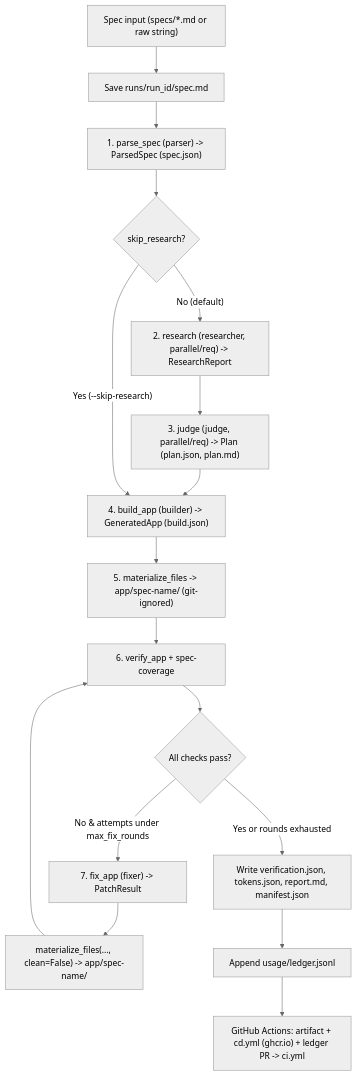
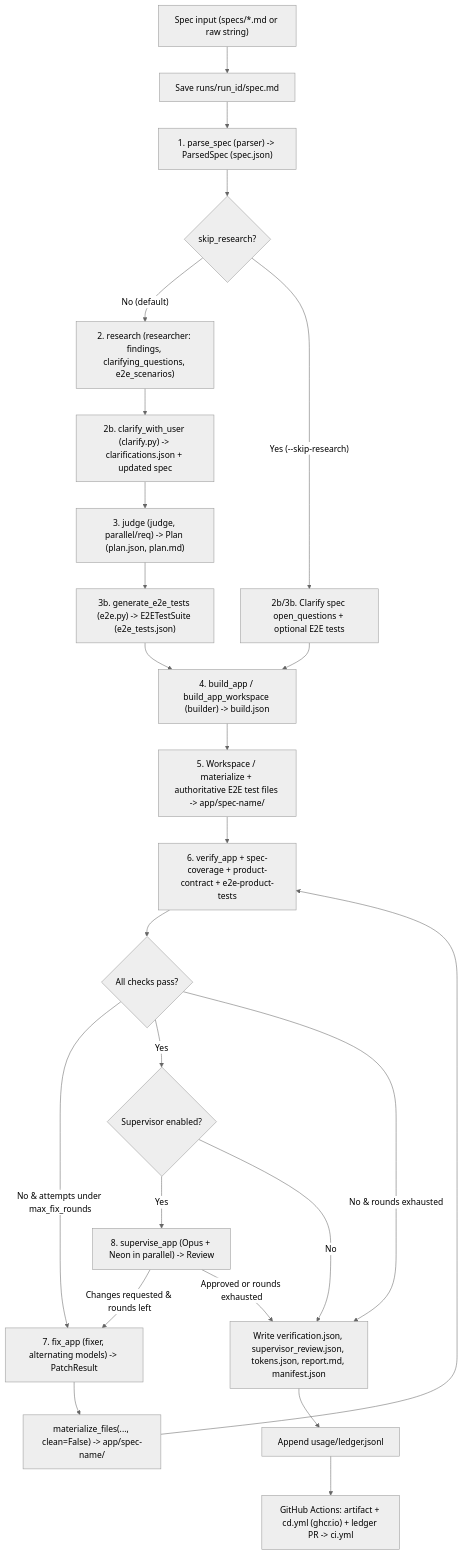
Before and after one commit to professorshabs/agentic_workflow: the diagram in ARCHITECTURE.md, drawn with Mermaid (neutral theme). The commit also changed other lines of this file and 46 other files, not shown here.

Commit message:
feat: expand pipeline with clarification, e2e test generation, supervisor reviews, and harness routing

````diff
--- a/ARCHITECTURE.md
+++ b/ARCHITECTURE.md
@@ -23,24 +23,31 @@
 ```mermaid
 flowchart TD
     Input["Spec input (specs/*.md or raw string)"] --> Copy["Save runs/run_id/spec.md"]
     Copy --> Parse["1. parse_spec (parser) -> ParsedSpec (spec.json)"]
     Parse --> SkipCheck{"skip_research?"}
 
-    SkipCheck -- "No (default)" --> Research["2. research (researcher, parallel/req) -> ResearchReport"]
-    Research --> Judge["3. judge (judge, parallel/req) -> Plan (plan.json, plan.md)"]
-    Judge --> Build["4. build_app (builder) -> GeneratedApp (build.json)"]
+    SkipCheck -- "No (default)" --> Research["2. research (researcher: findings, clarifying_questions, e2e_scenarios)"]
+    Research --> Clarify["2b. clarify_with_user (clarify.py) -> clarifications.json + updated spec"]
+    Clarify --> Judge["3. judge (judge, parallel/req) -> Plan (plan.json, plan.md)"]
+    Judge --> E2E["3b. generate_e2e_tests (e2e.py) -> E2ETestSuite (e2e_tests.json)"]
+    E2E --> Build["4. build_app / build_app_workspace (builder) -> build.json"]
 
-    SkipCheck -- "Yes (--skip-research)" --> Build
+    SkipCheck -- "Yes (--skip-research)" --> SkipClarify["2b/3b. Clarify spec open_questions + optional E2E tests"] --> Build
 
-    Build --> Mat["5. materialize_files -> app/spec-name/ (git-ignored)"]
-    Mat --> Verify["6. verify_app + spec-coverage"]
+    Build --> Mat["5. Workspace / materialize + authoritative E2E test files -> app/spec-name/"]
+    Mat --> Verify["6. verify_app + spec-coverage + product-contract + e2e-product-tests"]
     Verify --> PassedCheck{"All checks pass?"}
 
-    PassedCheck -- "No & attempts under max_fix_rounds" --> Fix["7. fix_app (fixer) -> PatchResult"]
+    PassedCheck -- "No & attempts under max_fix_rounds" --> Fix["7. fix_app (fixer, alternating models) -> PatchResult"]
     Fix --> PatchMat["materialize_files(..., clean=False) -> app/spec-name/"]
     PatchMat --> Verify
 
-    PassedCheck -- "Yes or rounds exhausted" --> Reports["Write verification.json, tokens.json, report.md, manifest.json"]
+    PassedCheck -- "Yes" --> SupCheck{"Supervisor enabled?"}
+    SupCheck -- "Yes" --> Sup["8. supervise_app (Opus + Neon in parallel) -> Review"]
+    Sup -- "Changes requested & rounds left" --> Fix
+    Sup -- "Approved or rounds exhausted" --> Reports["Write verification.json, supervisor_review.json, tokens.json, report.md, manifest.json"]
+    SupCheck -- "No" --> Reports
+    PassedCheck -- "No & rounds exhausted" --> Reports
     Reports --> Ledger["Append usage/ledger.jsonl"]
     Ledger --> CI["GitHub Actions: artifact + cd.yml (ghcr.io) + ledger PR -> ci.yml"]
 ```
````
